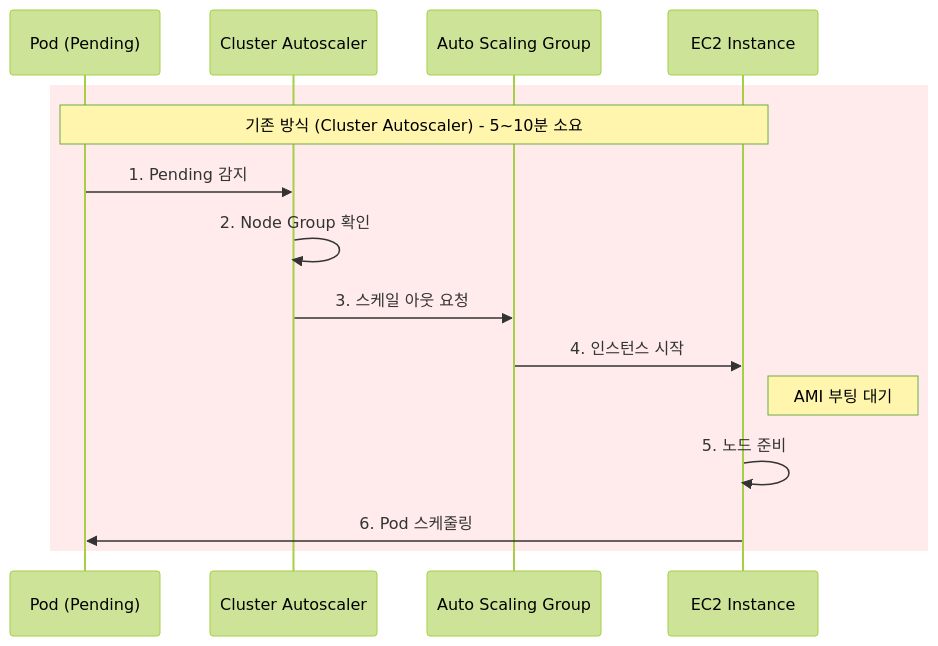
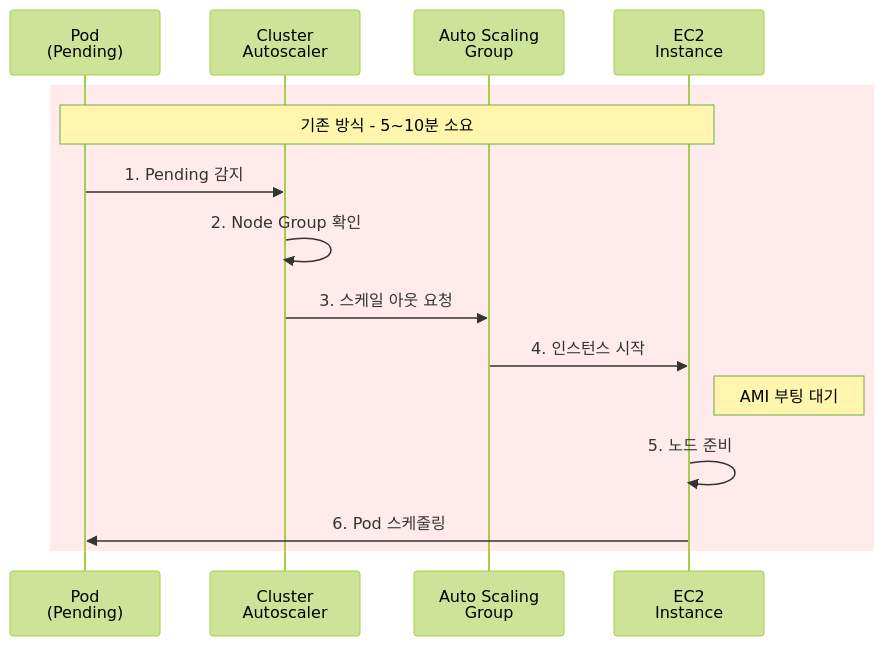
Before and after one commit to devfloor9/engineering-playbook: the second of 15 diagrams in docs/agentic-ai-platform/design-architecture/agentic-ai-solutions-eks.md, drawn with Mermaid (forest theme). The commit also changed other lines of this file and 24 other files, not shown here.

````diff
--- a/docs/agentic-ai-platform/design-architecture/agentic-ai-solutions-eks.md
+++ b/docs/agentic-ai-platform/design-architecture/agentic-ai-solutions-eks.md
@@ -114,18 +118,18 @@
 ```mermaid
 sequenceDiagram
-    participant Pod as Pod (Pending)
-    participant CA as Cluster Autoscaler
-    participant ASG as Auto Scaling Group
-    participant EC2 as EC2 Instance
+    participant Pod as Pod<br/>(Pending)
+    participant CA as Cluster<br/>Autoscaler
+    participant ASG as Auto Scaling<br/>Group
+    participant EC2 as EC2<br/>Instance
 
     rect rgb(255, 235, 235)
-    Note over Pod,EC2: 기존 방식 (Cluster Autoscaler) - 5~10분 소요
+    Note over Pod,EC2: 기존 방식 - 5~10분 소요
     Pod->>CA: 1. Pending 감지
     CA->>CA: 2. Node Group 확인
     CA->>ASG: 3. 스케일 아웃 요청
     ASG->>EC2: 4. 인스턴스 시작
     Note right of EC2: AMI 부팅 대기
     EC2->>EC2: 5. 노드 준비
     EC2->>Pod: 6. Pod 스케줄링
     end
 ```
````
